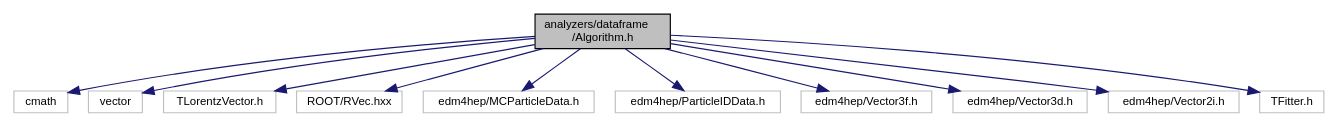
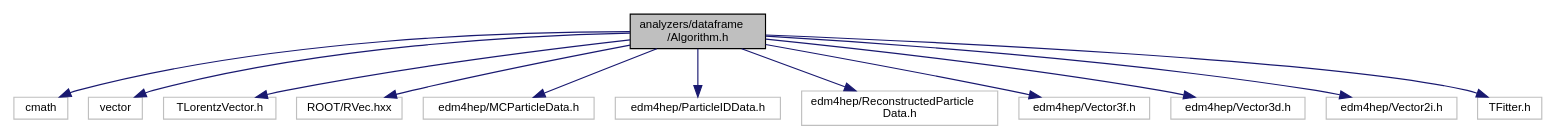
Before and after one commit to HEP-FCC/FCCAnalyses: the diagram in doc/latest/_algorithm_8h__incl.dot, drawn with Graphviz. The commit also changed 100 other files, not shown here.

```diff
--- a/doc/latest/_algorithm_8h__incl.dot
+++ b/doc/latest/_algorithm_8h__incl.dot
@@ -1,27 +1,29 @@
 digraph "analyzers/dataframe/Algorithm.h"
 {
  // LATEX_PDF_SIZE
   edge [fontname="Helvetica",fontsize="10",labelfontname="Helvetica",labelfontsize="10"];
   node [fontname="Helvetica",fontsize="10",shape=record];
   Node1 [label="analyzers/dataframe\l/Algorithm.h",height=0.2,width=0.4,color="black", fillcolor="grey75", style="filled", fontcolor="black",tooltip=" "];
   Node1 -> Node2 [color="midnightblue",fontsize="10",style="solid",fontname="Helvetica"];
   Node2 [label="cmath",height=0.2,width=0.4,color="grey75", fillcolor="white", style="filled",tooltip=" "];
   Node1 -> Node3 [color="midnightblue",fontsize="10",style="solid",fontname="Helvetica"];
   Node3 [label="vector",height=0.2,width=0.4,color="grey75", fillcolor="white", style="filled",tooltip=" "];
   Node1 -> Node4 [color="midnightblue",fontsize="10",style="solid",fontname="Helvetica"];
   Node4 [label="TLorentzVector.h",height=0.2,width=0.4,color="grey75", fillcolor="white", style="filled",tooltip=" "];
   Node1 -> Node5 [color="midnightblue",fontsize="10",style="solid",fontname="Helvetica"];
   Node5 [label="ROOT/RVec.hxx",height=0.2,width=0.4,color="grey75", fillcolor="white", style="filled",tooltip=" "];
   Node1 -> Node6 [color="midnightblue",fontsize="10",style="solid",fontname="Helvetica"];
   Node6 [label="edm4hep/MCParticleData.h",height=0.2,width=0.4,color="grey75", fillcolor="white", style="filled",tooltip=" "];
   Node1 -> Node7 [color="midnightblue",fontsize="10",style="solid",fontname="Helvetica"];
   Node7 [label="edm4hep/ParticleIDData.h",height=0.2,width=0.4,color="grey75", fillcolor="white", style="filled",tooltip=" "];
   Node1 -> Node8 [color="midnightblue",fontsize="10",style="solid",fontname="Helvetica"];
-  Node8 [label="edm4hep/Vector3f.h",height=0.2,width=0.4,color="grey75", fillcolor="white", style="filled",tooltip=" "];
+  Node8 [label="edm4hep/ReconstructedParticle\lData.h",height=0.2,width=0.4,color="grey75", fillcolor="white", style="filled",tooltip=" "];
   Node1 -> Node9 [color="midnightblue",fontsize="10",style="solid",fontname="Helvetica"];
-  Node9 [label="edm4hep/Vector3d.h",height=0.2,width=0.4,color="grey75", fillcolor="white", style="filled",tooltip=" "];
+  Node9 [label="edm4hep/Vector3f.h",height=0.2,width=0.4,color="grey75", fillcolor="white", style="filled",tooltip=" "];
   Node1 -> Node10 [color="midnightblue",fontsize="10",style="solid",fontname="Helvetica"];
-  Node10 [label="edm4hep/Vector2i.h",height=0.2,width=0.4,color="grey75", fillcolor="white", style="filled",tooltip=" "];
+  Node10 [label="edm4hep/Vector3d.h",height=0.2,width=0.4,color="grey75", fillcolor="white", style="filled",tooltip=" "];
   Node1 -> Node11 [color="midnightblue",fontsize="10",style="solid",fontname="Helvetica"];
-  Node11 [label="TFitter.h",height=0.2,width=0.4,color="grey75", fillcolor="white", style="filled",tooltip=" "];
+  Node11 [label="edm4hep/Vector2i.h",height=0.2,width=0.4,color="grey75", fillcolor="white", style="filled",tooltip=" "];
+  Node1 -> Node12 [color="midnightblue",fontsize="10",style="solid",fontname="Helvetica"];
+  Node12 [label="TFitter.h",height=0.2,width=0.4,color="grey75", fillcolor="white", style="filled",tooltip=" "];
 }
```
